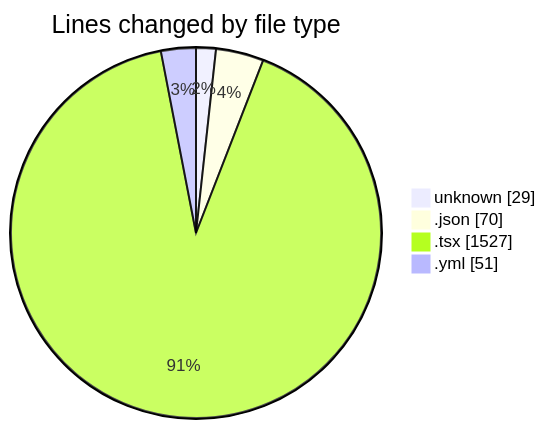
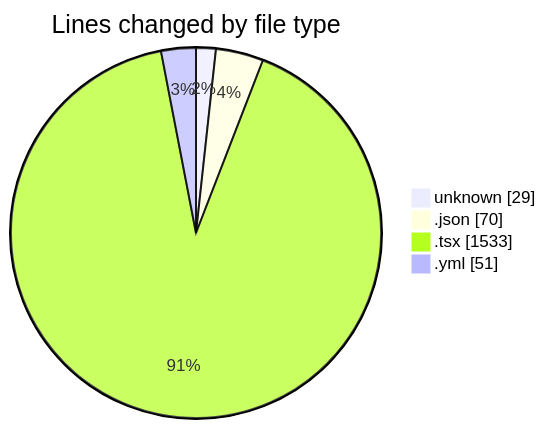
Before and after one commit to robertbonfada/code-tracking: the first of 2 diagrams in 2025-01-14/mbc-web/README.md, drawn with Mermaid. The commit also changed other lines of this file and 1 other file, not shown here.

````diff
--- a/2025-01-14/mbc-web/README.md
+++ b/2025-01-14/mbc-web/README.md
@@ -36,8 +36,8 @@
 ```mermaid
 pie showData
 title Lines changed by file type
 "unknown" : 29
 ".json" : 70
-".tsx" : 1527
+".tsx" : 1533
 ".yml" : 51
 ```
````
